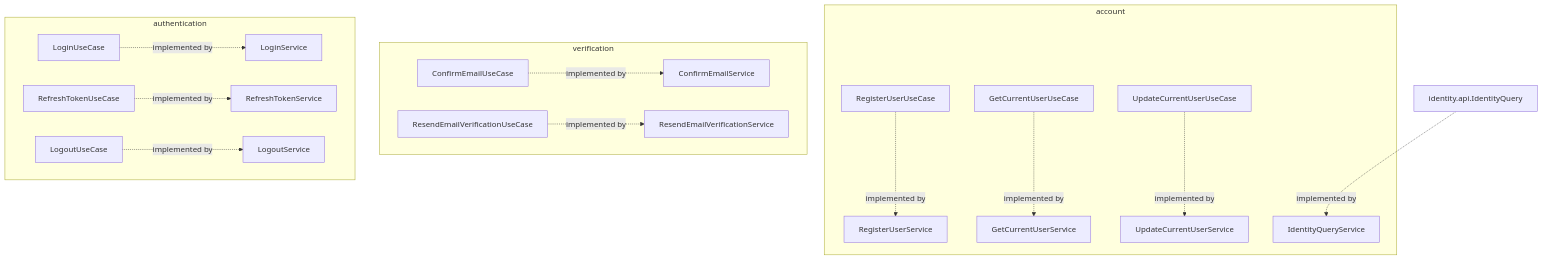
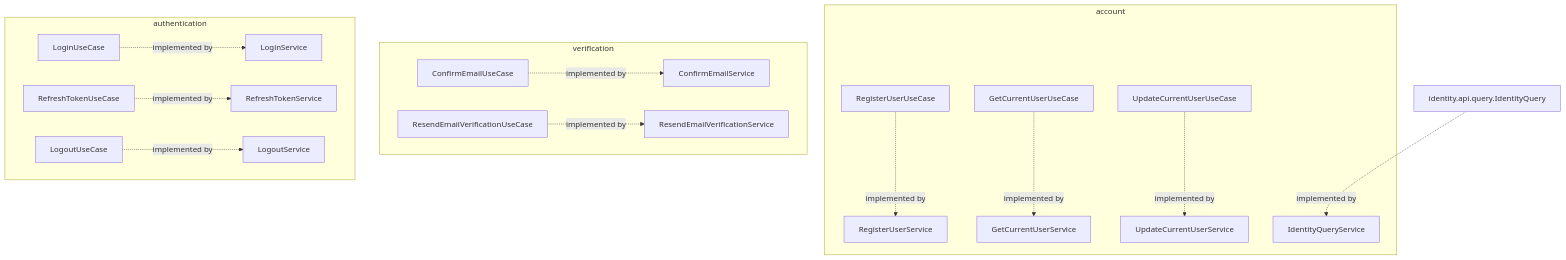
One commit to EdTechDevelopment/EdTech changed the first of 3 diagrams in docs/architecture/diagrams/identity-application.md. Above: the diagram before and after it, drawn with Mermaid. The commit also changed 140 other files, not shown here.

````diff
--- a/docs/architecture/diagrams/identity-application.md
+++ b/docs/architecture/diagrams/identity-application.md
@@ -5,38 +5,38 @@
 ```mermaid
 flowchart TB
     subgraph ACCOUNT[account]
         RUC[RegisterUserUseCase]
         GUC[GetCurrentUserUseCase]
         UUC[UpdateCurrentUserUseCase]
         RS[RegisterUserService]
         GS[GetCurrentUserService]
         US[UpdateCurrentUserService]
         IQS[IdentityQueryService]
         RUC -. implemented by .-> RS
         GUC -. implemented by .-> GS
         UUC -. implemented by .-> US
     end
 
     subgraph VERIFICATION[verification]
         CUC[ConfirmEmailUseCase]
         SUC[ResendEmailVerificationUseCase]
         CS[ConfirmEmailService]
         SS[ResendEmailVerificationService]
         CUC -. implemented by .-> CS
         SUC -. implemented by .-> SS
     end
 
     subgraph AUTHENTICATION[authentication]
         LUC[LoginUseCase]
         RTUC[RefreshTokenUseCase]
         LOUC[LogoutUseCase]
         LS[LoginService]
         RTS[RefreshTokenService]
         LOS[LogoutService]
         LUC -. implemented by .-> LS
         RTUC -. implemented by .-> RTS
         LOUC -. implemented by .-> LOS
     end
 
-    IQ[identity.api.IdentityQuery] -. implemented by .-> IQS
+    IQ[identity.api.query.IdentityQuery] -. implemented by .-> IQS
 ```
````
